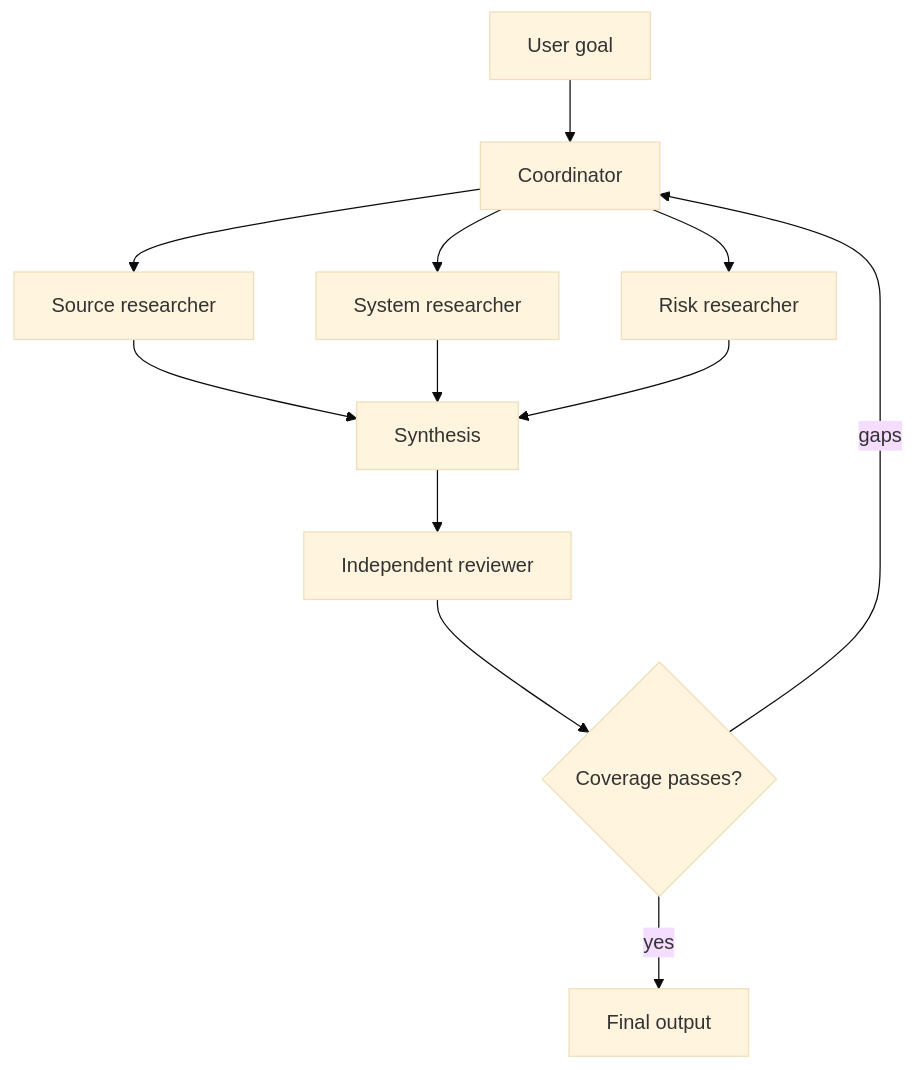
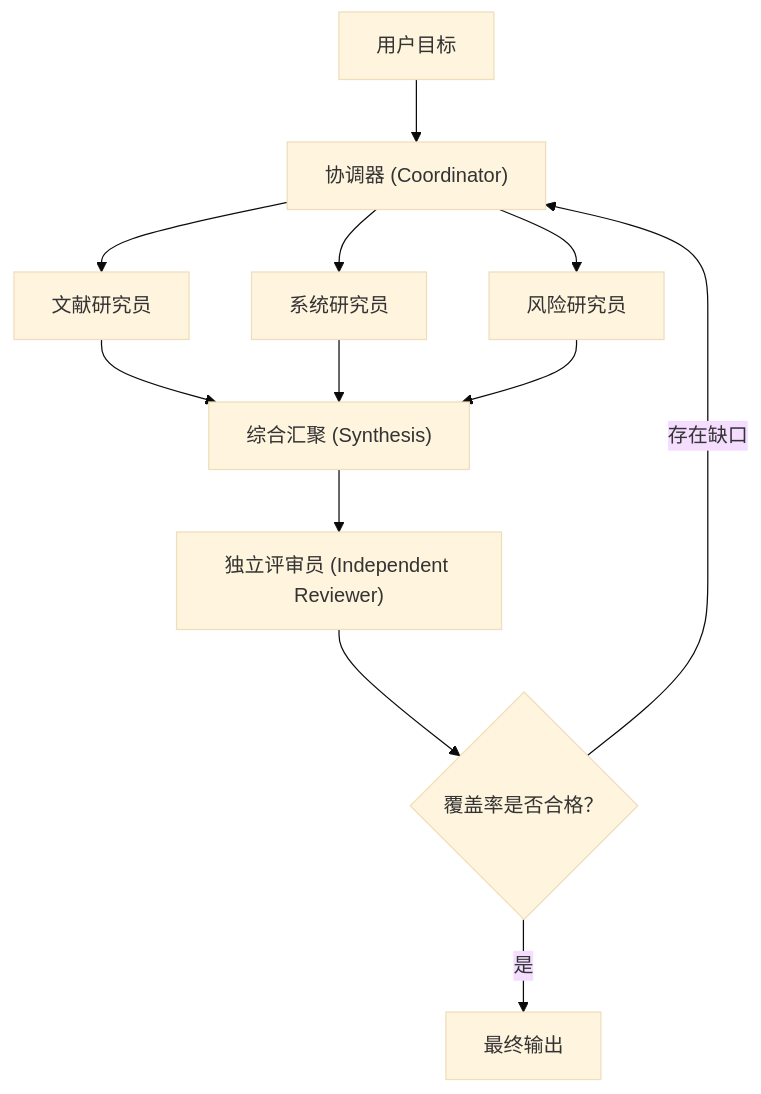
The diagram in certifications/claude/lessons/16-multi-agent-orchestration-and-delegation/docs/en.md (cluster1900/ai-engineering-from-scratch-zh), drawn with Mermaid (base theme) before and after one commit. The commit also changed other lines of this file and 187 other files, not shown here.

````diff
--- a/certifications/claude/lessons/16-multi-agent-orchestration-and-delegation/docs/en.md
+++ b/certifications/claude/lessons/16-multi-agent-orchestration-and-delegation/docs/en.md
@@ -52,14 +42,14 @@
 ```mermaid
 flowchart TD
-    U["User goal"] --> C["Coordinator"]
-    C --> A["Source researcher"]
-    C --> B["System researcher"]
-    C --> D["Risk researcher"]
-    A --> S["Synthesis"]
+    U["用户目标"] --> C["协调器 (Coordinator)"]
+    C --> A["文献研究员"]
+    C --> B["系统研究员"]
+    C --> D["风险研究员"]
+    A --> S["综合汇聚 (Synthesis)"]
     B --> S
     D --> S
-    S --> R["Independent reviewer"]
-    R --> G{"Coverage passes?"}
-    G -->|"yes"| O["Final output"]
-    G -->|"gaps"| C
+    S --> R["独立评审员 (Independent Reviewer)"]
+    R --> G{"覆盖率是否合格？"}
+    G -->|"是"| O["最终输出"]
+    G -->|"存在缺口"| C
 ```
````
